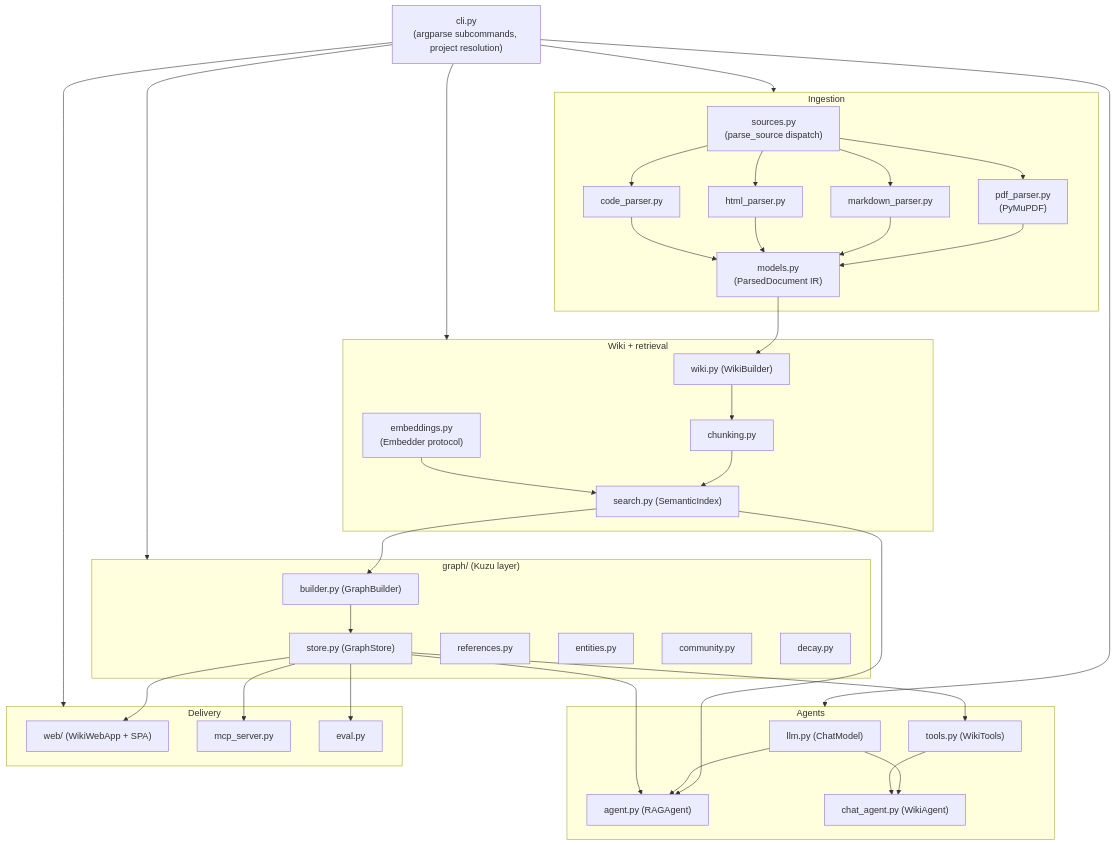
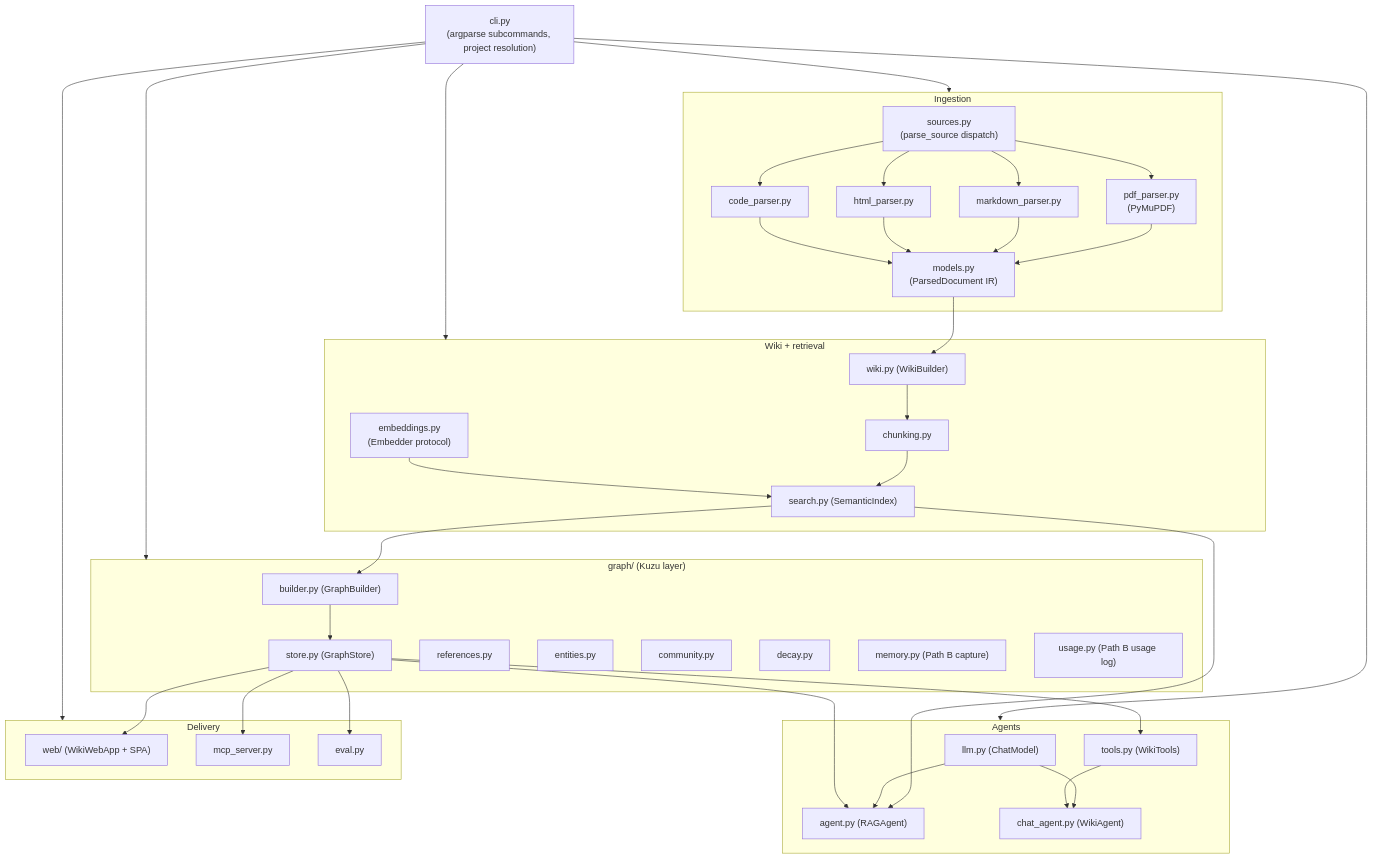
One commit to Neuroant/OpenWiki changed the first of 3 diagrams in docs/arc42/05-building-block-view.md. Above: the diagram before and after it, drawn with Mermaid. The commit also changed other lines of this file and 11 other files, not shown here.

First line of the commit message:
docs(arc42): reflect landed Path B (B0/B1/B4 + the memory tier)

````diff
--- a/docs/arc42/05-building-block-view.md
+++ b/docs/arc42/05-building-block-view.md
@@ -28,53 +28,55 @@
 ```mermaid
 flowchart TB
   cli["cli.py\n(argparse subcommands, project resolution)"]
 
   subgraph ingest["Ingestion"]
     sources["sources.py\n(parse_source dispatch)"]
     pdf["pdf_parser.py\n(PyMuPDF)"]
     md["markdown_parser.py"]
     html["html_parser.py"]
     code["code_parser.py"]
     models["models.py\n(ParsedDocument IR)"]
     sources --> pdf & md & html & code --> models
   end
 
   subgraph wikigen["Wiki + retrieval"]
     wiki["wiki.py (WikiBuilder)"]
     chunking["chunking.py"]
     embeddings["embeddings.py\n(Embedder protocol)"]
     search["search.py (SemanticIndex)"]
     models --> wiki --> chunking --> search
     embeddings --> search
   end
 
   subgraph agents["Agents"]
     llm["llm.py (ChatModel)"]
     agent["agent.py (RAGAgent)"]
     tools["tools.py (WikiTools)"]
     chat_agent["chat_agent.py (WikiAgent)"]
     search --> agent
     llm --> agent & chat_agent
     tools --> chat_agent
   end
 
   subgraph graphpkg["graph/ (Kuzu layer)"]
     builder["builder.py (GraphBuilder)"]
     store["store.py (GraphStore)"]
     references["references.py"]
     entities["entities.py"]
     community["community.py"]
     decay["decay.py"]
+    memory["memory.py (Path B capture)"]
+    usage["usage.py (Path B usage log)"]
     builder --> store
   end
 
   subgraph delivery["Delivery"]
     web["web/ (WikiWebApp + SPA)"]
     mcp["mcp_server.py"]
     evalm["eval.py"]
   end
 
   cli --> ingest & wikigen & agents & graphpkg & delivery
   search --> builder
   store --> agent & tools & web & mcp & evalm
 ```
````
